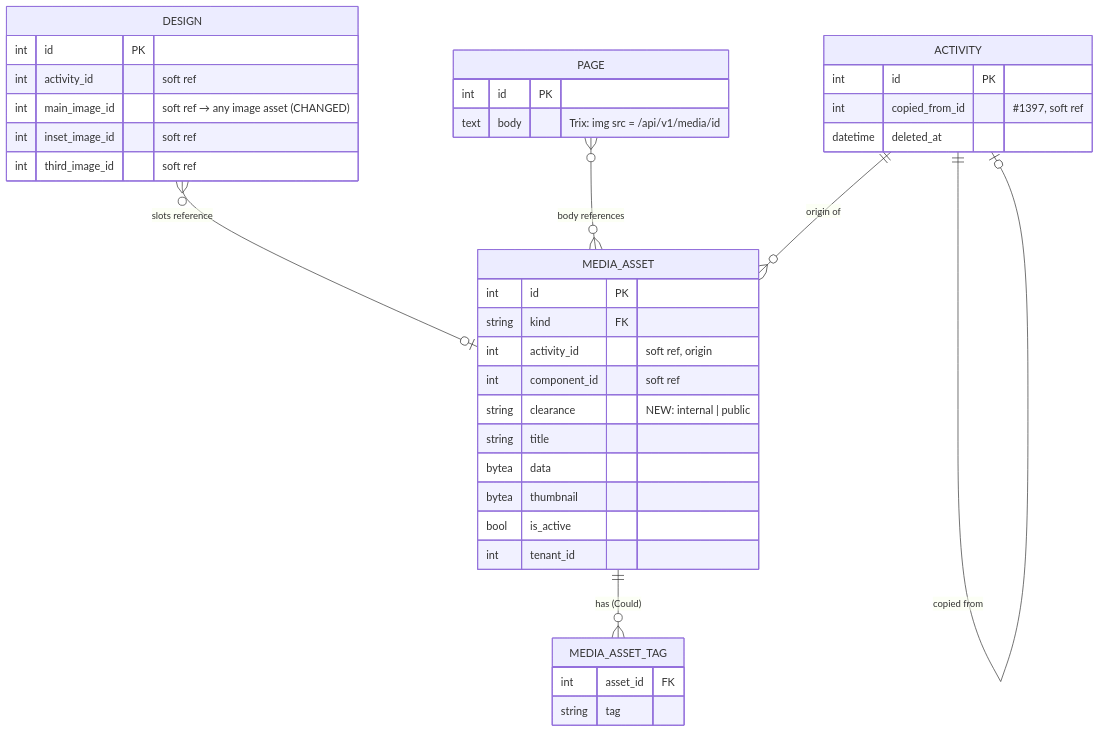
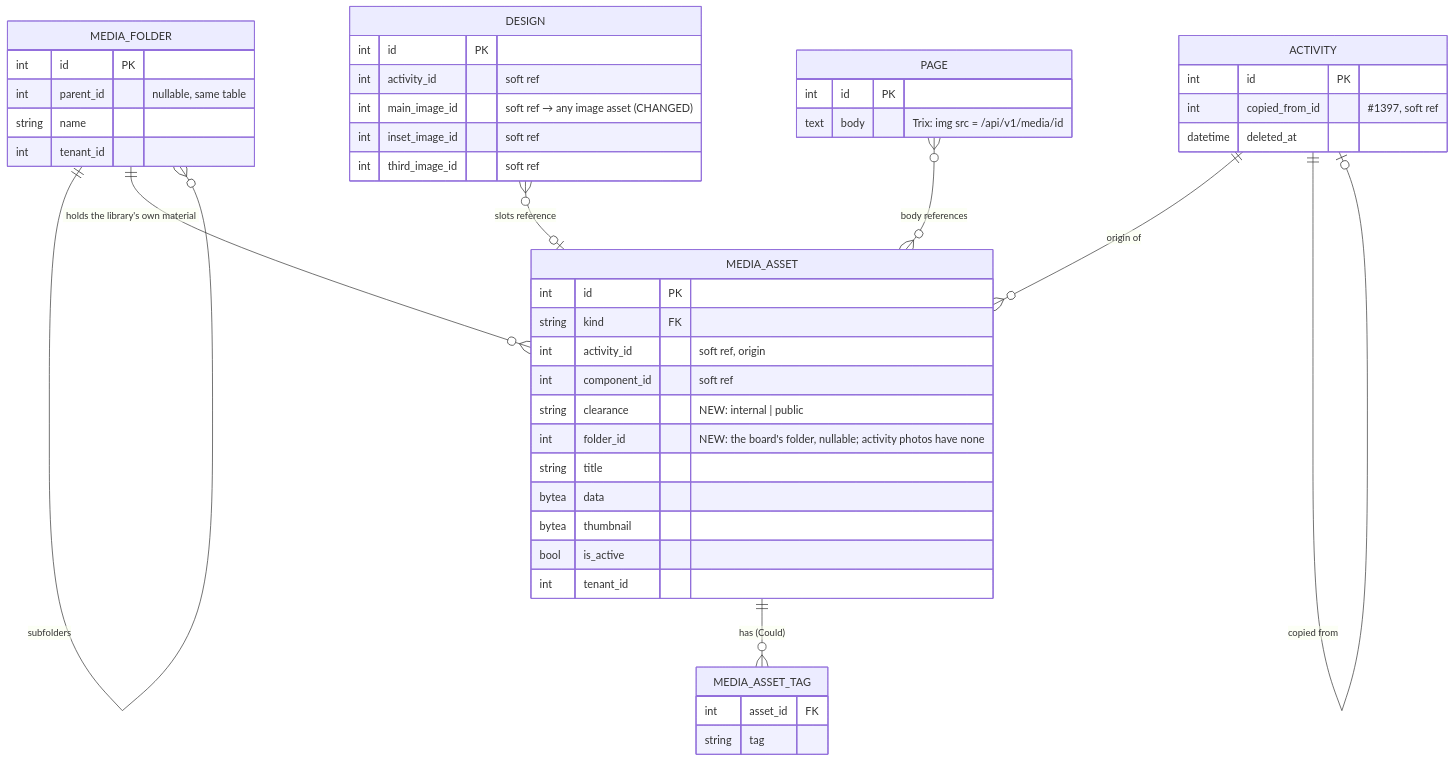
Before and after one commit to KoenRenders/KoenTest: the fifth of 5 diagrams in docs/change_request_15_media_library.md, drawn with Mermaid. The commit also changed other lines of this file, not shown here.

First line of the commit message:
docs(cr-15): every picture usable by the Design Studio and the CMS, logos and sponsors included (R14, Q2 settled); folders and subfolders for the library's own material, the activity as a derived folder, one tree (R13, C4.2, data model, phase 1) (Koen, 2 Oct 2026)

````diff
--- a/docs/change_request_15_media_library.md
+++ b/docs/change_request_15_media_library.md
@@ -319,40 +321,49 @@
 ```mermaid
 erDiagram
   MEDIA_ASSET {
     int id PK
     string kind FK
     int activity_id "soft ref, origin"
     int component_id "soft ref"
     string clearance "NEW: internal | public"
+    int folder_id "NEW: the board's folder, nullable; activity photos have none"
     string title
     bytea data
     bytea thumbnail
     bool is_active
+    int tenant_id
+  }
+  MEDIA_FOLDER {
+    int id PK
+    int parent_id "nullable, same table"
+    string name
     int tenant_id
   }
   MEDIA_ASSET_TAG {
     int asset_id FK
     string tag
   }
   ACTIVITY {
     int id PK
     int copied_from_id "#1397, soft ref"
     datetime deleted_at
   }
   DESIGN {
     int id PK
     int activity_id "soft ref"
     int main_image_id "soft ref → any image asset (CHANGED)"
     int inset_image_id "soft ref"
     int third_image_id "soft ref"
   }
   PAGE {
     int id PK
     text body "Trix: img src = /api/v1/media/id"
   }
+  MEDIA_FOLDER ||--o{ MEDIA_FOLDER : "subfolders"
+  MEDIA_FOLDER ||--o{ MEDIA_ASSET : "holds the library's own material"
   MEDIA_ASSET ||--o{ MEDIA_ASSET_TAG : "has (Could)"
   ACTIVITY ||--o{ MEDIA_ASSET : "origin of"
   ACTIVITY ||--o| ACTIVITY : "copied from"
   DESIGN }o--o| MEDIA_ASSET : "slots reference"
   PAGE }o--o{ MEDIA_ASSET : "body references"
 ```
````
